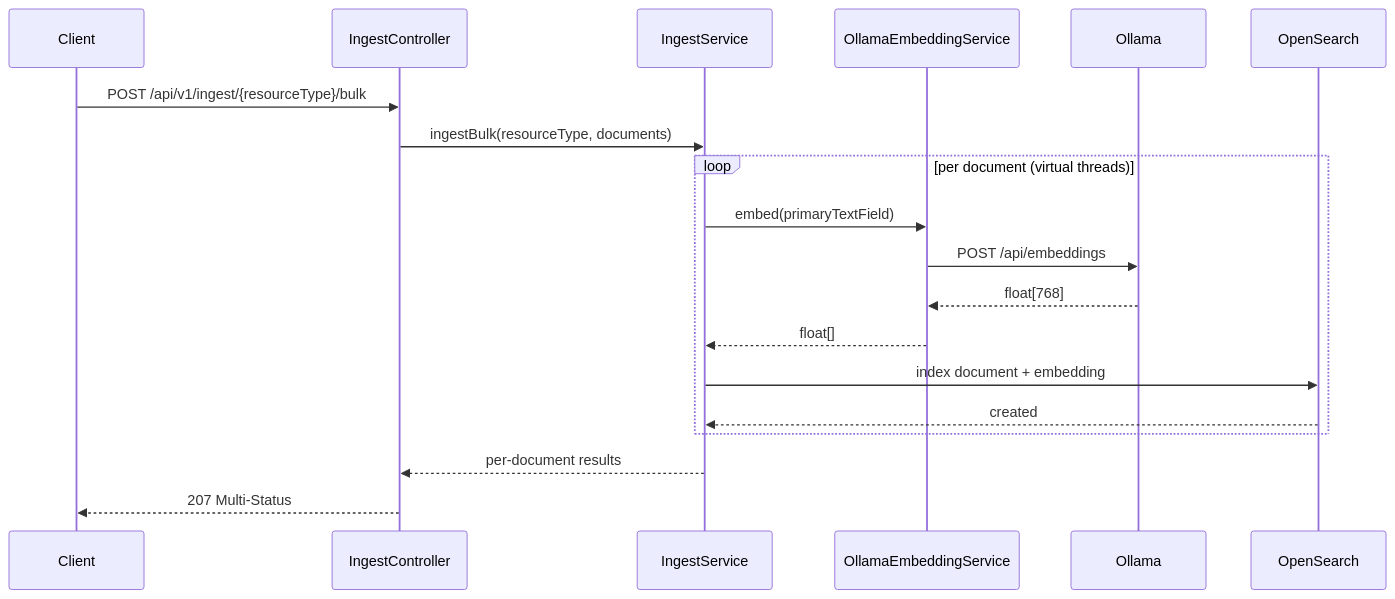
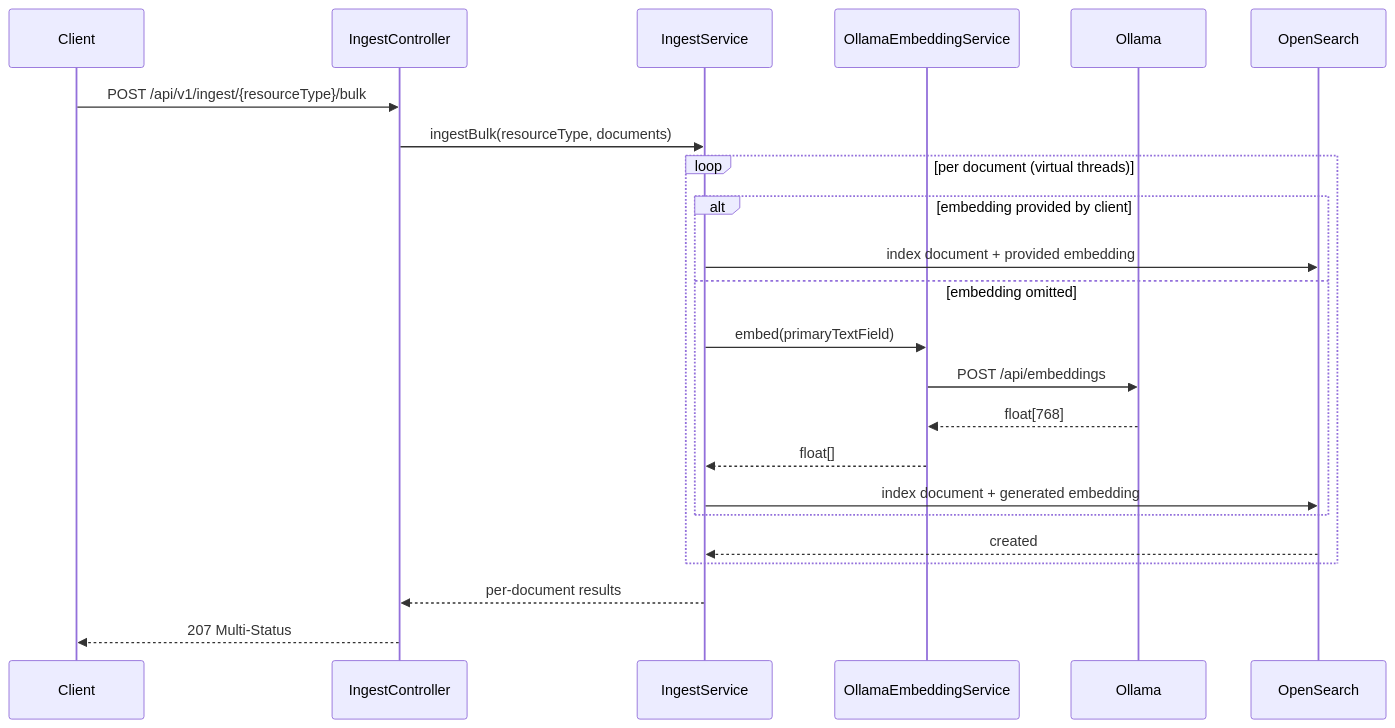
Before and after one commit to nrmancuso/nebullama-search: the diagram in docs/architecture/ingest-pipeline.md, drawn with Mermaid. The commit also changed other lines of this file and 16 other files, not shown here.

````diff
--- a/docs/architecture/ingest-pipeline.md
+++ b/docs/architecture/ingest-pipeline.md
@@ -6,22 +8,26 @@
 ```mermaid
 sequenceDiagram
     participant Client
     participant IngestController
     participant IngestService
     participant OllamaEmbeddingService
     participant Ollama
     participant OpenSearch
 
     Client->>IngestController: POST /api/v1/ingest/{resourceType}/bulk
     IngestController->>IngestService: ingestBulk(resourceType, documents)
     loop per document (virtual threads)
-        IngestService->>OllamaEmbeddingService: embed(primaryTextField)
-        OllamaEmbeddingService->>Ollama: POST /api/embeddings
-        Ollama-->>OllamaEmbeddingService: float[768]
-        OllamaEmbeddingService-->>IngestService: float[]
-        IngestService->>OpenSearch: index document + embedding
+        alt embedding provided by client
+            IngestService->>OpenSearch: index document + provided embedding
+        else embedding omitted
+            IngestService->>OllamaEmbeddingService: embed(primaryTextField)
+            OllamaEmbeddingService->>Ollama: POST /api/embeddings
+            Ollama-->>OllamaEmbeddingService: float[768]
+            OllamaEmbeddingService-->>IngestService: float[]
+            IngestService->>OpenSearch: index document + generated embedding
+        end
         OpenSearch-->>IngestService: created
     end
     IngestService-->>IngestController: per-document results
     IngestController-->>Client: 207 Multi-Status
 ```
````
